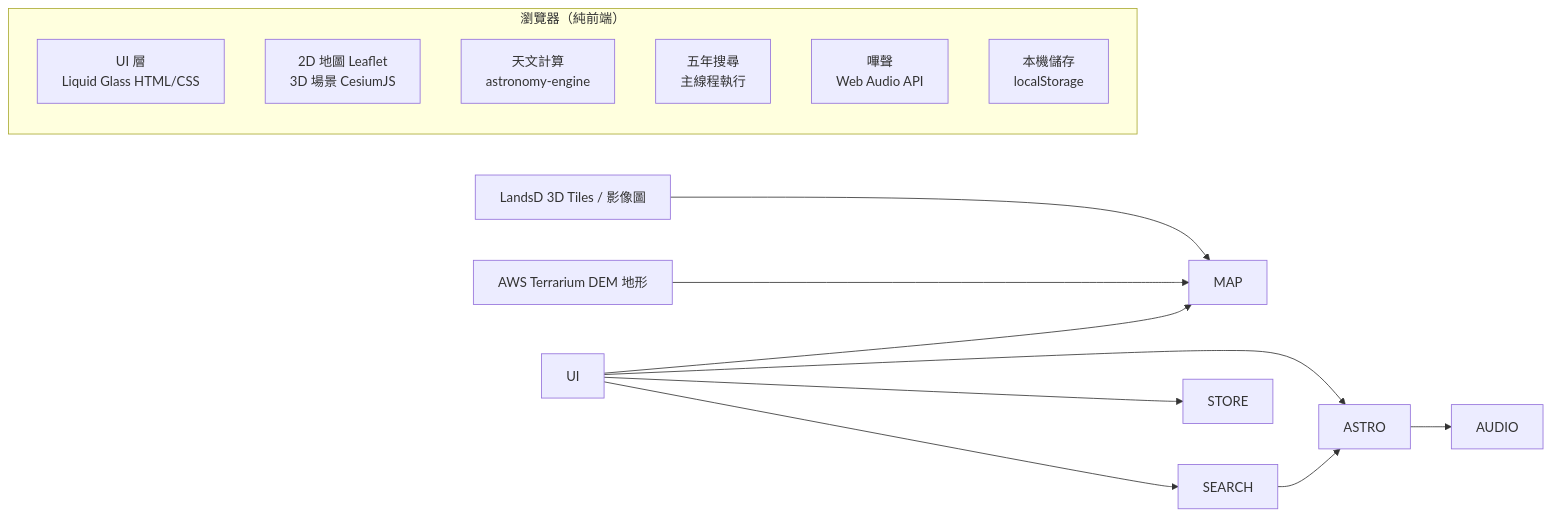
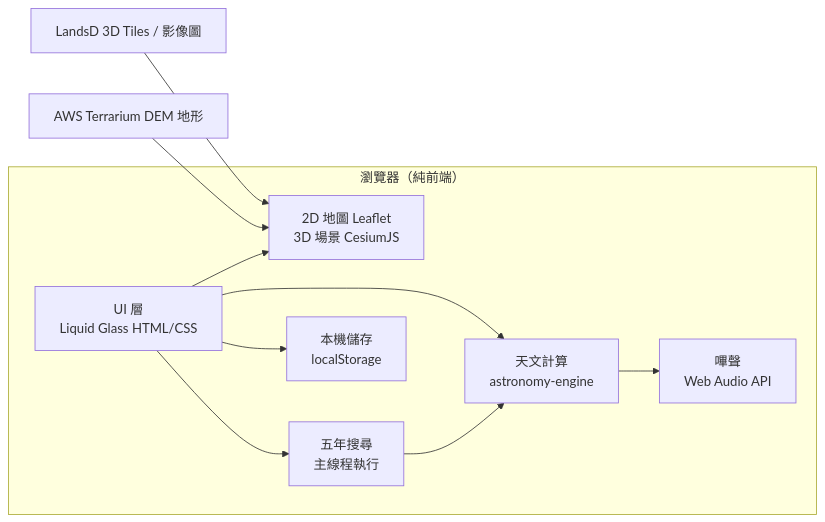
The second of 2 diagrams in README.md (inchinet/sun-moon-trail), drawn with Mermaid before and after one commit. The commit also changed other lines of this file, not shown here.

````diff
--- a/README.md
+++ b/README.md
@@ -109,19 +109,19 @@
 ```mermaid
 flowchart LR
-    subgraph Browser\\\["瀏覽器（純前端）"]
-        UI\\\["UI 層<br/>Liquid Glass HTML/CSS"]
-        MAP\\\["2D 地圖 Leaflet<br/>3D 場景 CesiumJS"]
-        ASTRO\\\["天文計算<br/>astronomy-engine"]
-        SEARCH\\\["五年搜尋<br/>主線程執行"]
-        AUDIO\\\["嗶聲<br/>Web Audio API"]
-        STORE\\\["本機儲存<br/>localStorage"]
+    subgraph Browser["瀏覽器（純前端）"]
+        UI["UI 層<br/>Liquid Glass HTML/CSS"]
+        MAP["2D 地圖 Leaflet<br/>3D 場景 CesiumJS"]
+        ASTRO["天文計算<br/>astronomy-engine"]
+        SEARCH["五年搜尋<br/>主線程執行"]
+        AUDIO["嗶聲<br/>Web Audio API"]
+        STORE["本機儲存<br/>localStorage"]
     end
-    LANDSD\\\["LandsD 3D Tiles / 影像圖"] --> MAP
-    TERRAIN\\\["AWS Terrarium DEM 地形"] --> MAP
+    LANDSD["LandsD 3D Tiles / 影像圖"] --> MAP
+    TERRAIN["AWS Terrarium DEM 地形"] --> MAP
     UI --> MAP
     UI --> ASTRO
     UI --> SEARCH
     SEARCH --> ASTRO
     ASTRO --> AUDIO
     UI --> STORE
 ```
````
